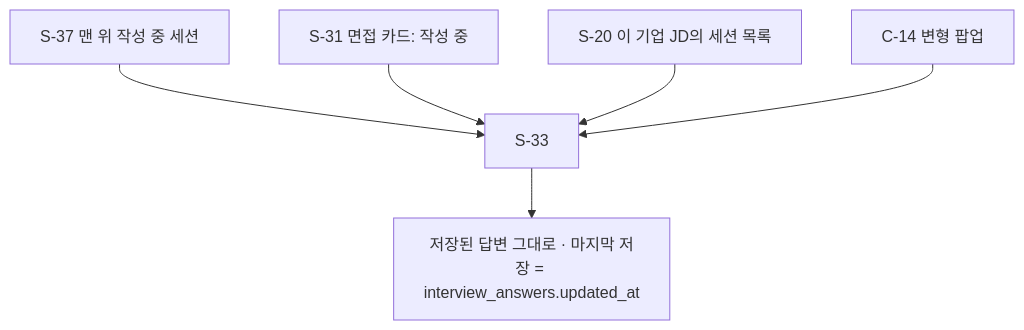
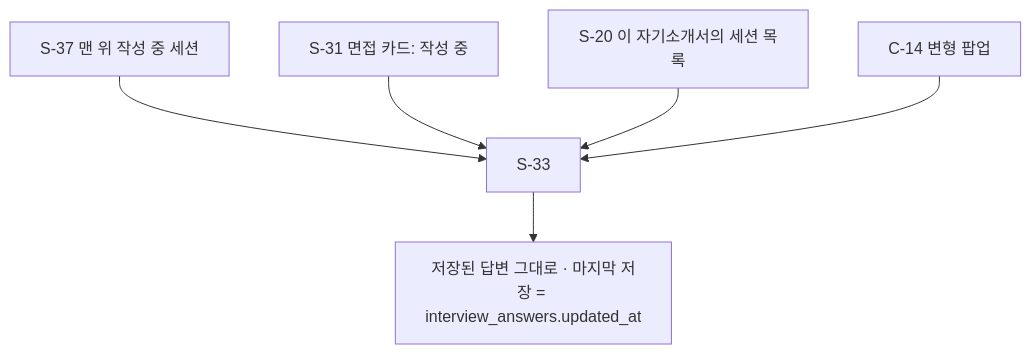
One commit to j-hyunn/resumate changed diagram 12 of 20 in docs/planning/02-user-flows.md. Above: the diagram before and after it, drawn with Mermaid. The commit also changed other lines of this file and 11 other files, not shown here.

````diff
--- a/docs/planning/02-user-flows.md
+++ b/docs/planning/02-user-flows.md
@@ -495,8 +514,8 @@
 ```mermaid
 flowchart TD
   A[S-37 맨 위 작성 중 세션] --> C
   B[S-31 면접 카드: 작성 중] --> C
-  B2[S-20 이 기업 JD의 세션 목록] --> C
+  B2[S-20 이 자기소개서의 세션 목록] --> C
   B3[C-14 변형 팝업] --> C
   C[S-33] --> D[저장된 답변 그대로 · 마지막 저장 = interview_answers.updated_at]
 ```
````
